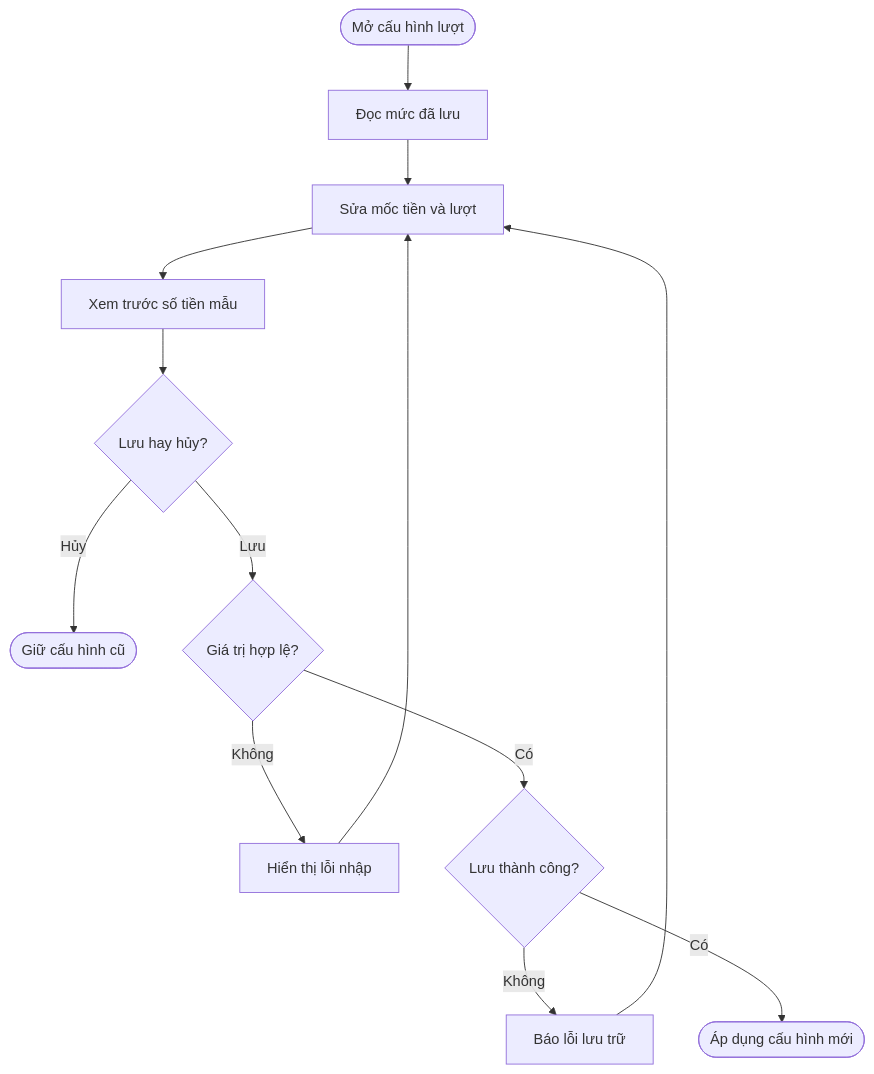
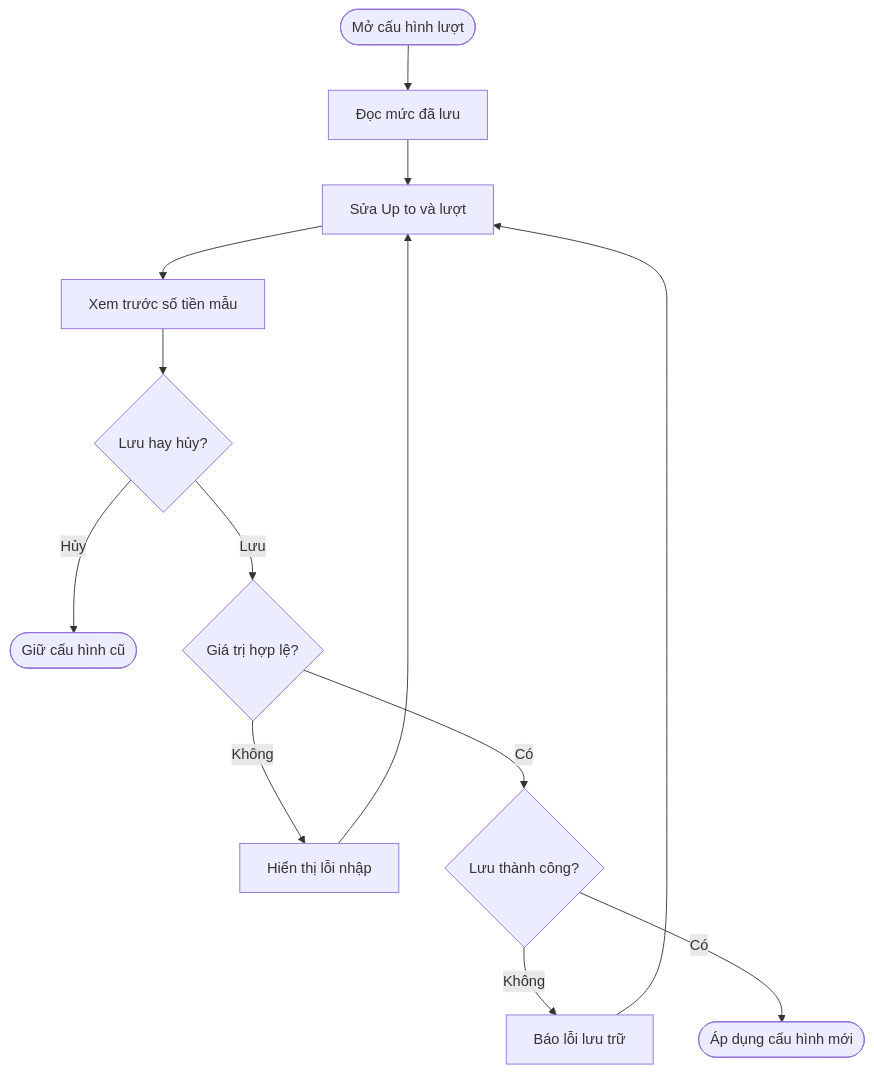
One commit to maivtn/taxiq changed the first of 4 diagrams in docs/business/weighted-turn-settings.md. Above: the diagram before and after it, drawn with Mermaid. The commit also changed other lines of this file and 4 other files, not shown here.

````diff
--- a/docs/business/weighted-turn-settings.md
+++ b/docs/business/weighted-turn-settings.md
@@ -87,15 +88,15 @@
 ```mermaid
 flowchart TD
     A([Mở cấu hình lượt]) --> B[Đọc mức đã lưu]
-    B --> C[Sửa mốc tiền và lượt]
+    B --> C[Sửa Up to và lượt]
     C --> K[Xem trước số tiền mẫu]
     K --> D{Lưu hay hủy?}
     D -- Hủy --> E([Giữ cấu hình cũ])
     D -- Lưu --> F{Giá trị hợp lệ?}
     F -- Không --> G[Hiển thị lỗi nhập]
     G --> C
     F -- Có --> H{Lưu thành công?}
     H -- Không --> I[Báo lỗi lưu trữ]
     I --> C
     H -- Có --> J([Áp dụng cấu hình mới])
 ```
````
